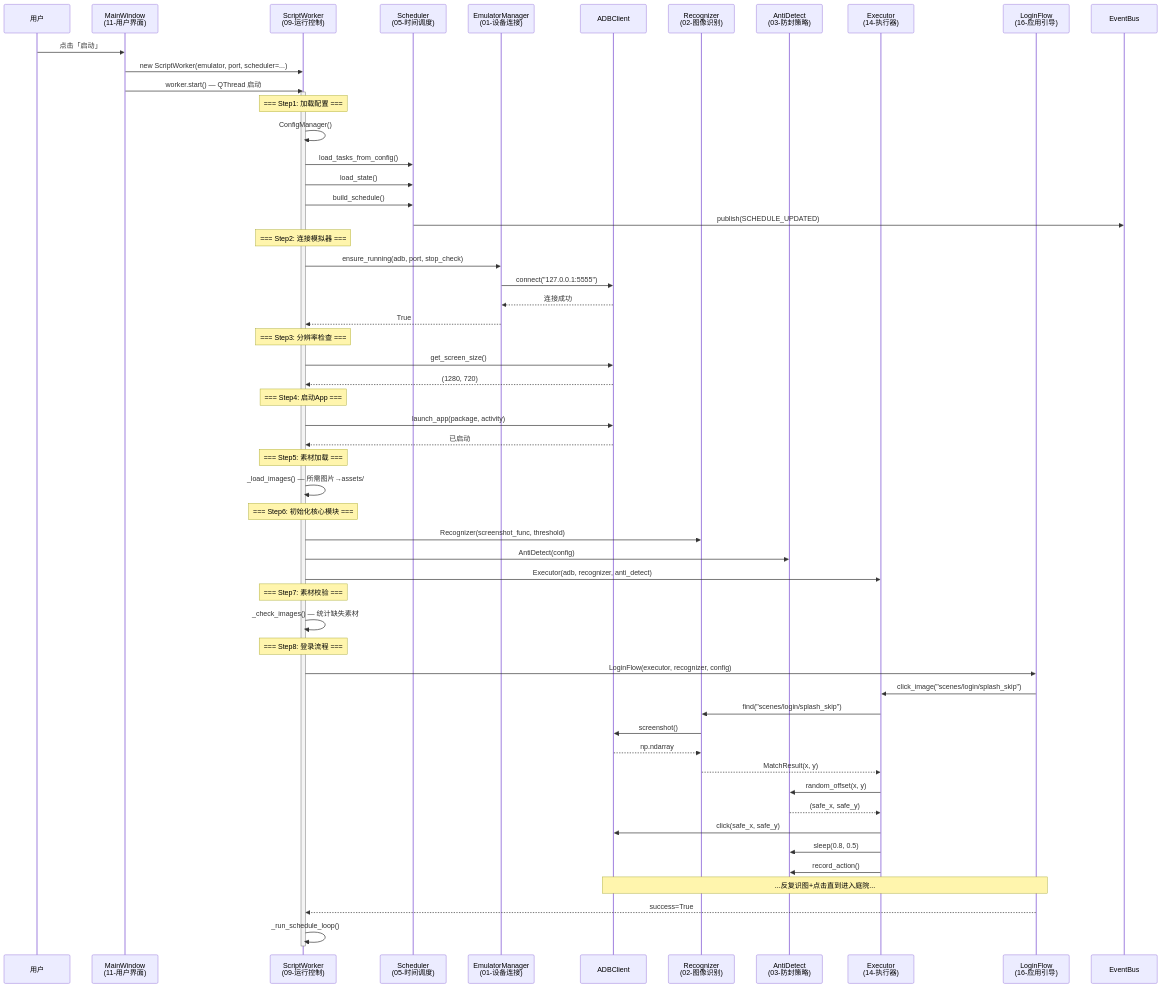
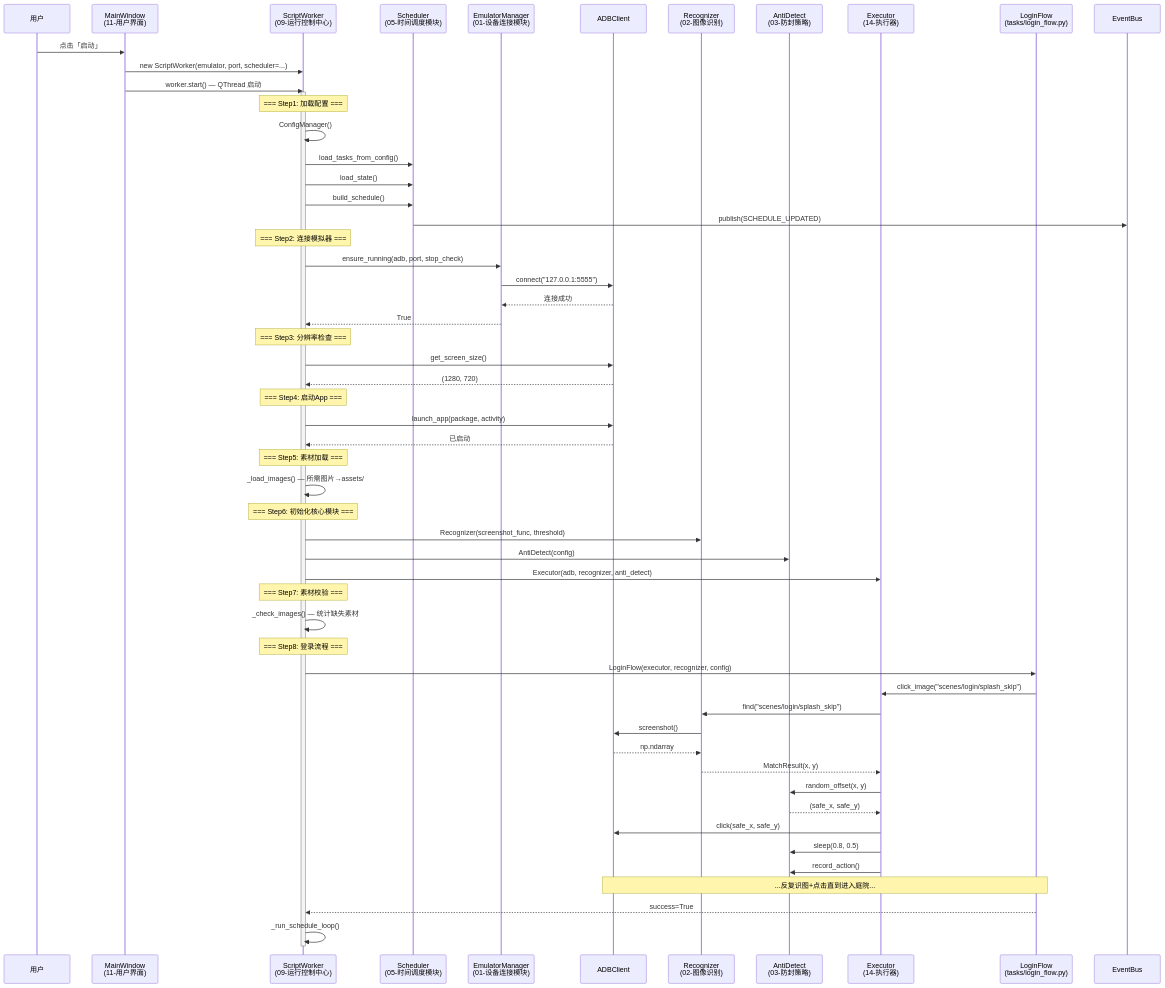
One commit to quchenfeng1/yys changed the third of 8 diagrams in 脚本实现/模块间交互时序图.md. Above: the diagram before and after it, drawn with Mermaid. The commit also changed other lines of this file and 41 other files, not shown here.

````diff
--- a/脚本实现/模块间交互时序图.md
+++ b/脚本实现/模块间交互时序图.md
@@ -97,69 +97,69 @@
 ```mermaid
 sequenceDiagram
     participant USER as 用户
     participant MW as MainWindow<br/>(11-用户界面)
-    participant SW as ScriptWorker<br/>(09-运行控制)
-    participant SCH as Scheduler<br/>(05-时间调度)
-    participant EMU as EmulatorManager<br/>(01-设备连接)
+    participant SW as ScriptWorker<br/>(09-运行控制中心)
+    participant SCH as Scheduler<br/>(05-时间调度模块)
+    participant EMU as EmulatorManager<br/>(01-设备连接模块)
     participant ADB as ADBClient
     participant REC as Recognizer<br/>(02-图像识别)
     participant AD as AntiDetect<br/>(03-防封策略)
     participant EXE as Executor<br/>(14-执行器)
-    participant LF as LoginFlow<br/>(16-应用引导)
+    participant LF as LoginFlow<br/>(tasks/login_flow.py)
     participant EB as EventBus
 
     USER->>MW: 点击「启动」
     MW->>SW: new ScriptWorker(emulator, port, scheduler=...)
     MW->>SW: worker.start() — QThread 启动
     
     activate SW
     Note over SW: === Step1: 加载配置 ===
     SW->>SW: ConfigManager()
     SW->>SCH: load_tasks_from_config()
     SW->>SCH: load_state()
     SW->>SCH: build_schedule()
     SCH->>EB: publish(SCHEDULE_UPDATED)
     
     Note over SW: === Step2: 连接模拟器 ===
     SW->>EMU: ensure_running(adb, port, stop_check)
     EMU->>ADB: connect("127.0.0.1:5555")
     ADB-->>EMU: 连接成功
     EMU-->>SW: True
     
     Note over SW: === Step3: 分辨率检查 ===
     SW->>ADB: get_screen_size()
     ADB-->>SW: (1280, 720)
     
     Note over SW: === Step4: 启动App ===
     SW->>ADB: launch_app(package, activity)
     ADB-->>SW: 已启动
     
     Note over SW: === Step5: 素材加载 ===
     SW->>SW: _load_images() — 所需图片→assets/
     
     Note over SW: === Step6: 初始化核心模块 ===
     SW->>REC: Recognizer(screenshot_func, threshold)
     SW->>AD: AntiDetect(config)
     SW->>EXE: Executor(adb, recognizer, anti_detect)
     
     Note over SW: === Step7: 素材校验 ===
     SW->>SW: _check_images() — 统计缺失素材
     
     Note over SW: === Step8: 登录流程 ===
     SW->>LF: LoginFlow(executor, recognizer, config)
     LF->>EXE: click_image("scenes/login/splash_skip")
     EXE->>REC: find("scenes/login/splash_skip")
     REC->>ADB: screenshot()
     ADB-->>REC: np.ndarray
     REC-->>EXE: MatchResult(x, y)
     EXE->>AD: random_offset(x, y)
     AD-->>EXE: (safe_x, safe_y)
     EXE->>ADB: click(safe_x, safe_y)
     EXE->>AD: sleep(0.8, 0.5)
     EXE->>AD: record_action()
     Note over LF,ADB: ...反复识图+点击直到进入庭院...
     LF-->>SW: success=True
     
     SW->>SW: _run_schedule_loop()
     deactivate SW
 ```
````
